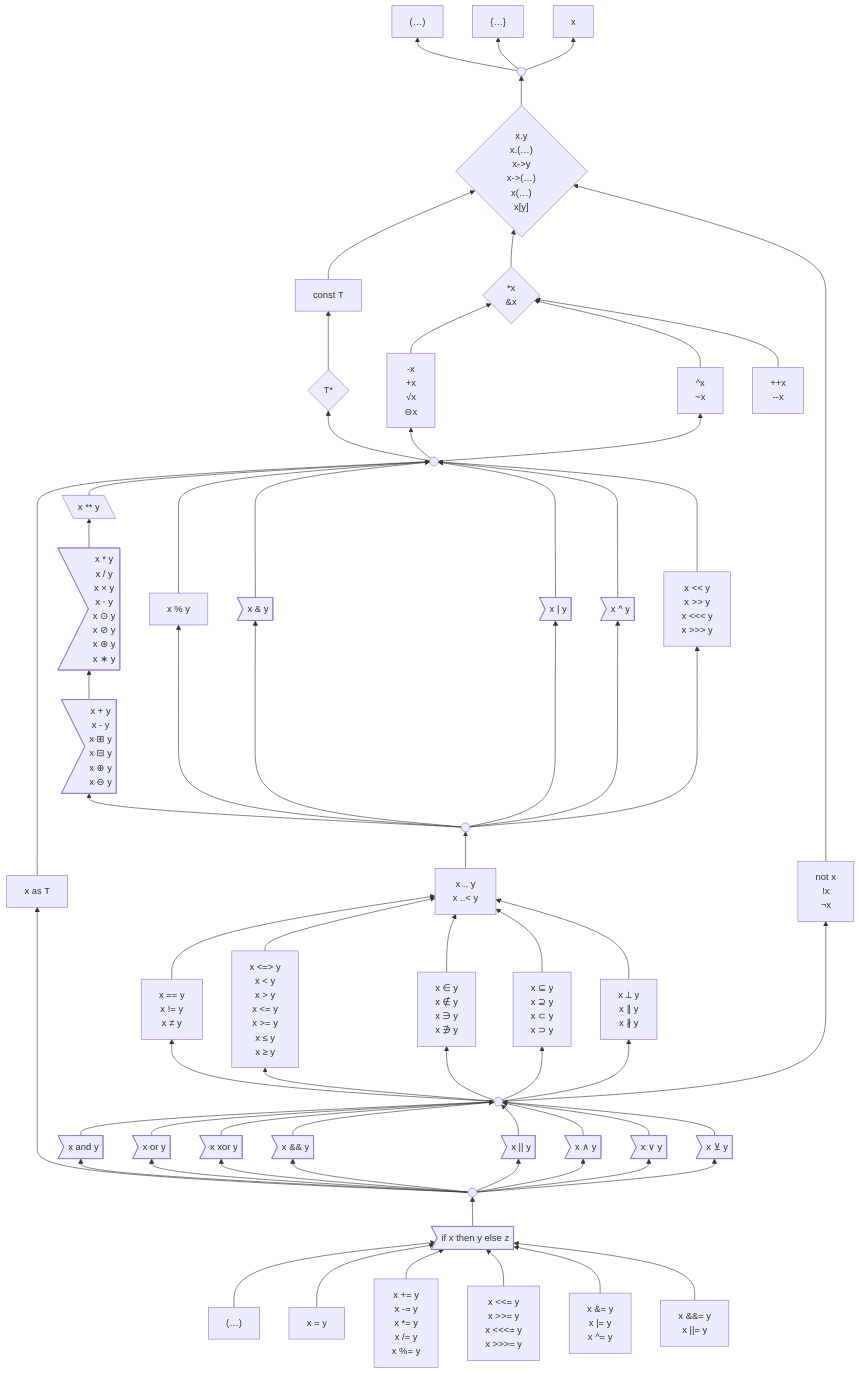
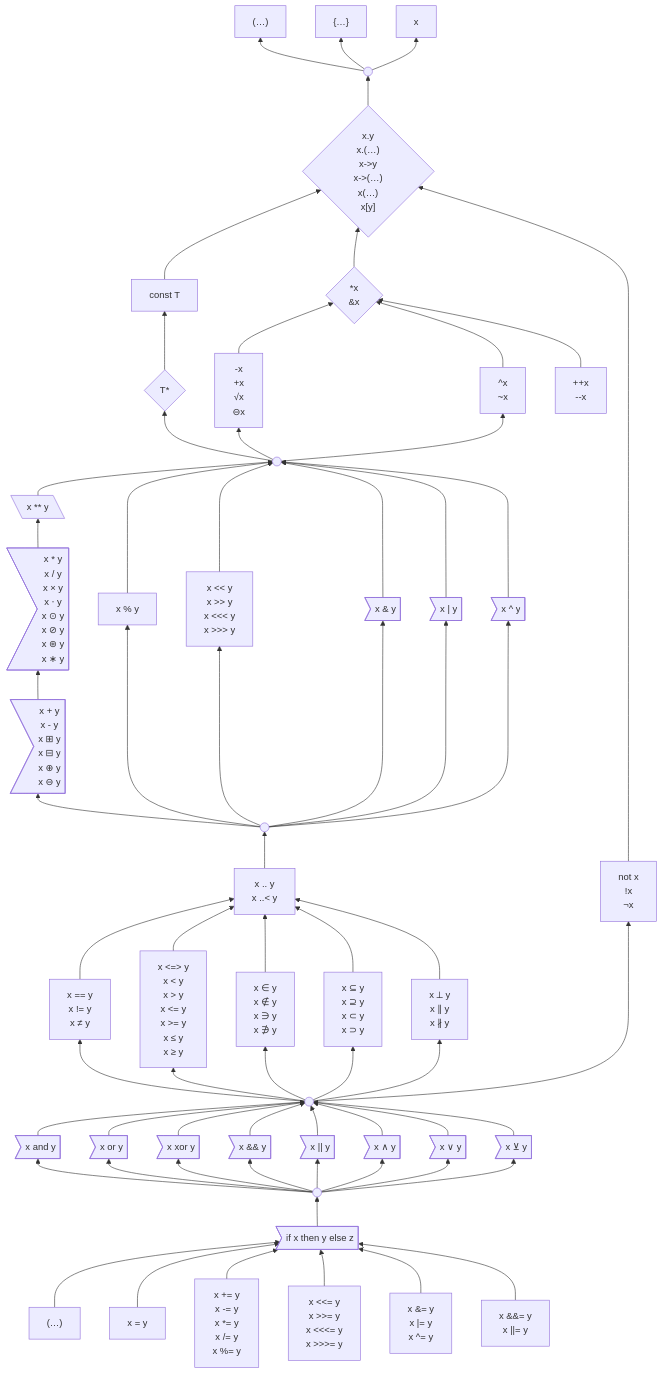
Before and after one commit to laro/Cilia: the first of 2 diagrams in 6 .../2 Unfinished Ideas.md, drawn with Mermaid. The commit also changed other lines of this file, not shown here.

```diff
--- a/6 .../2 Unfinished Ideas.md
+++ b/6 .../2 Unfinished Ideas.md
@@ -272,8 +272,9 @@
     logicalOperand((" "))
 
 
-    as ------> unary
-    as["x as T"]
+    %% Currently "as" is not yet fully defined, and it obscures the graph layout somehow...
+    %% as ------> unary
+    %% as["x as T"]
 
     and & or & xor & andAmp & orAmp & andSym & orSym & xorSym --> logicalOperand
     and>"x and y"]
@@ -285,7 +286,7 @@
     orSym>"x ∨ y"]
     xorSym>"x ⊻ y"]
 
-    logicalExpression ---> as
+    %% logicalExpression ---> as
     logicalExpression --> and & or & xor & andAmp & orAmp & andSym & orSym & xorSym
     logicalExpression((" "))
 
```
